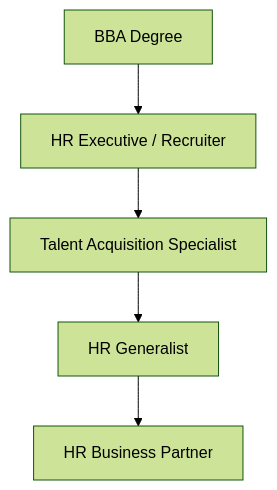
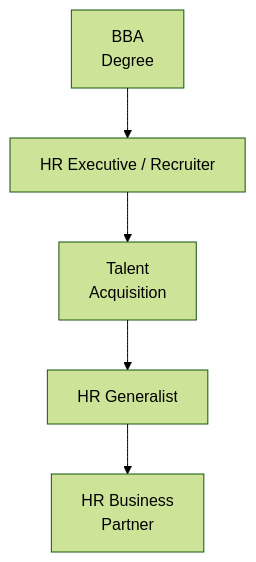
The first of 3 diagrams in curriculum-app/src/content/lessons/ug/bba/sem5/week17.md (the-career-breweries/tcb-soft-skills), drawn with Mermaid (forest theme) before and after one commit. The commit also changed other lines of this file and 5 other files, not shown here.

Commit message:
fix: aggressively solve mermaid text truncation

````diff
--- a/curriculum-app/src/content/lessons/ug/bba/sem5/week17.md
+++ b/curriculum-app/src/content/lessons/ug/bba/sem5/week17.md
@@ -22,7 +22,7 @@
 ```mermaid
 flowchart TD
-    A[BBA Degree] --> B[HR Executive / Recruiter]
-    B --> C[Talent Acquisition Specialist]
+    A[BBA<br/>Degree] --> B[HR Executive / Recruiter]
+    B --> C[Talent<br/>Acquisition]
     C --> D[HR Generalist]
-    D --> E[HR Business Partner]
+    D --> E[HR Business<br/>Partner]
 ```
````
